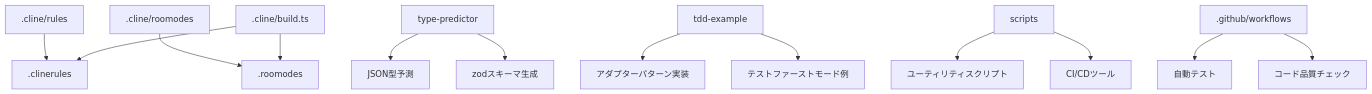
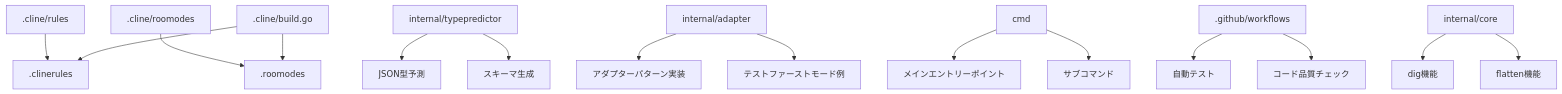
The diagram in .cline/memory/systemPatterns.md (mormorbump/ailab-go), drawn with Mermaid before and after one commit. The commit also changed other lines of this file and 33 other files, not shown here.

````diff
--- a/.cline/memory/systemPatterns.md
+++ b/.cline/memory/systemPatterns.md
@@ -81,19 +95,22 @@
 ```mermaid
 graph TD
     A[.cline/rules] --> B[.clinerules]
     C[.cline/roomodes] --> D[.roomodes]
-    E[.cline/build.ts] --> B
+    E[.cline/build.go] --> B
     E --> D
     
-    F[type-predictor] --> G[JSON型予測]
-    F --> H[zodスキーマ生成]
+    F[internal/typepredictor] --> G[JSON型予測]
+    F --> H[スキーマ生成]
     
-    I[tdd-example] --> J[アダプターパターン実装]
+    I[internal/adapter] --> J[アダプターパターン実装]
     I --> K[テストファーストモード例]
     
-    L[scripts] --> M[ユーティリティスクリプト]
-    L --> N[CI/CDツール]
+    L[cmd] --> M[メインエントリーポイント]
+    L --> N[サブコマンド]
     
     O[.github/workflows] --> P[自動テスト]
     O --> Q[コード品質チェック]
+    
+    R[internal/core] --> S[dig機能]
+    R --> T[flatten機能]
 ```
````
